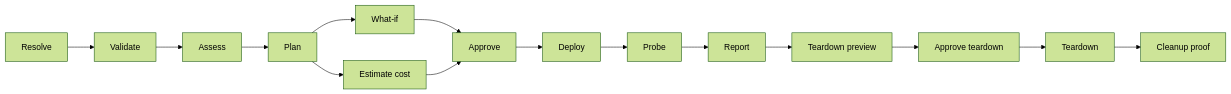
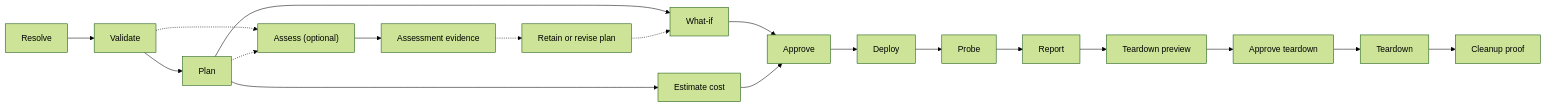
The second of 2 diagrams in docs-site/src/content/docs/architecture.mdx (kaysauter/Azure-Data-Lab-Toolkit), drawn with Mermaid (forest theme) before and after one commit. The commit also changed other lines of this file and 24 other files, not shown here.

First line of the commit message:
docs: define segmented delivery architecture

````diff
--- a/docs-site/src/content/docs/architecture.mdx
+++ b/docs-site/src/content/docs/architecture.mdx
@@ -75,17 +86,21 @@
 ```mermaid
 flowchart LR
     R["Resolve"] --> V["Validate"]
-    V --> A["Assess"]
-    A --> P["Plan"]
+    V --> P["Plan"]
     P --> W["What-if"]
     P --> C["Estimate cost"]
+    V -.-> A["Assess (optional)"]
+    P -.-> A
+    A --> AE["Assessment evidence"]
+    AE -.-> RP["Retain or revise plan"]
+    RP -.-> W
     W --> G["Approve"]
     C --> G
     G --> D["Deploy"]
     D --> B["Probe"]
     B --> O["Report"]
     O --> T["Teardown preview"]
     T --> H["Approve teardown"]
     H --> X["Teardown"]
     X --> E["Cleanup proof"]
 ```
````
